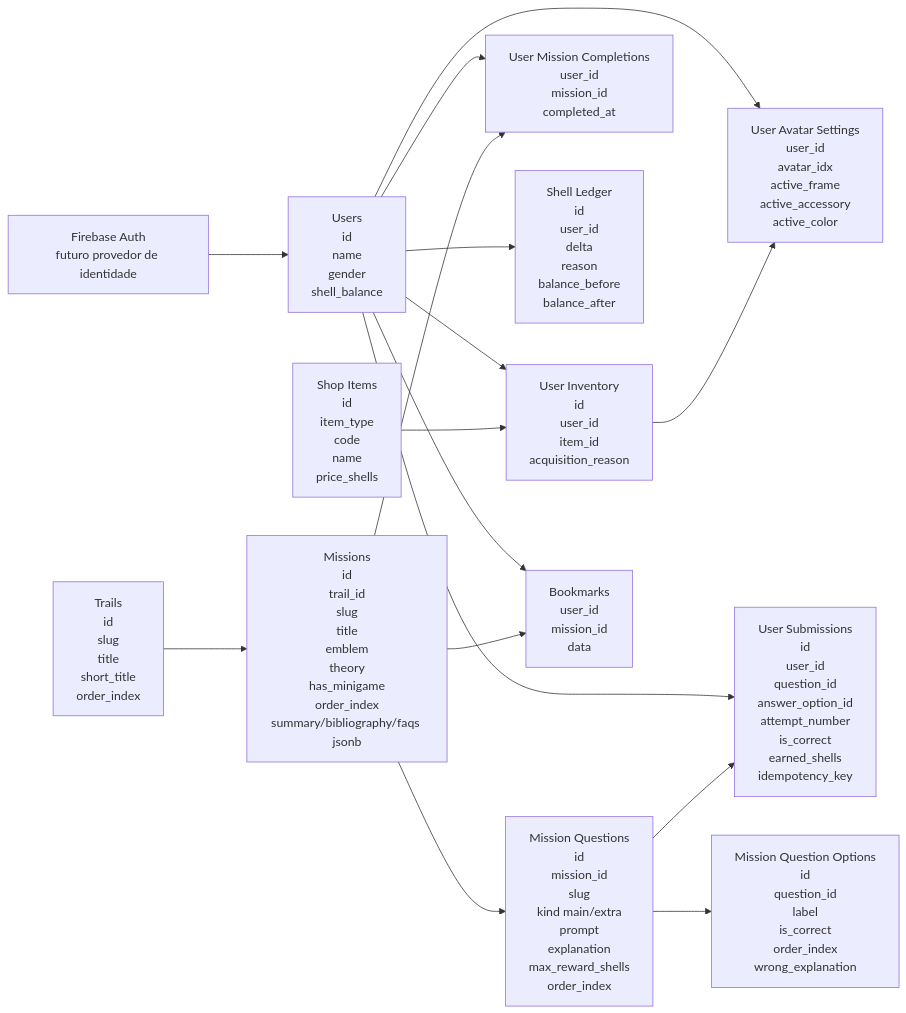
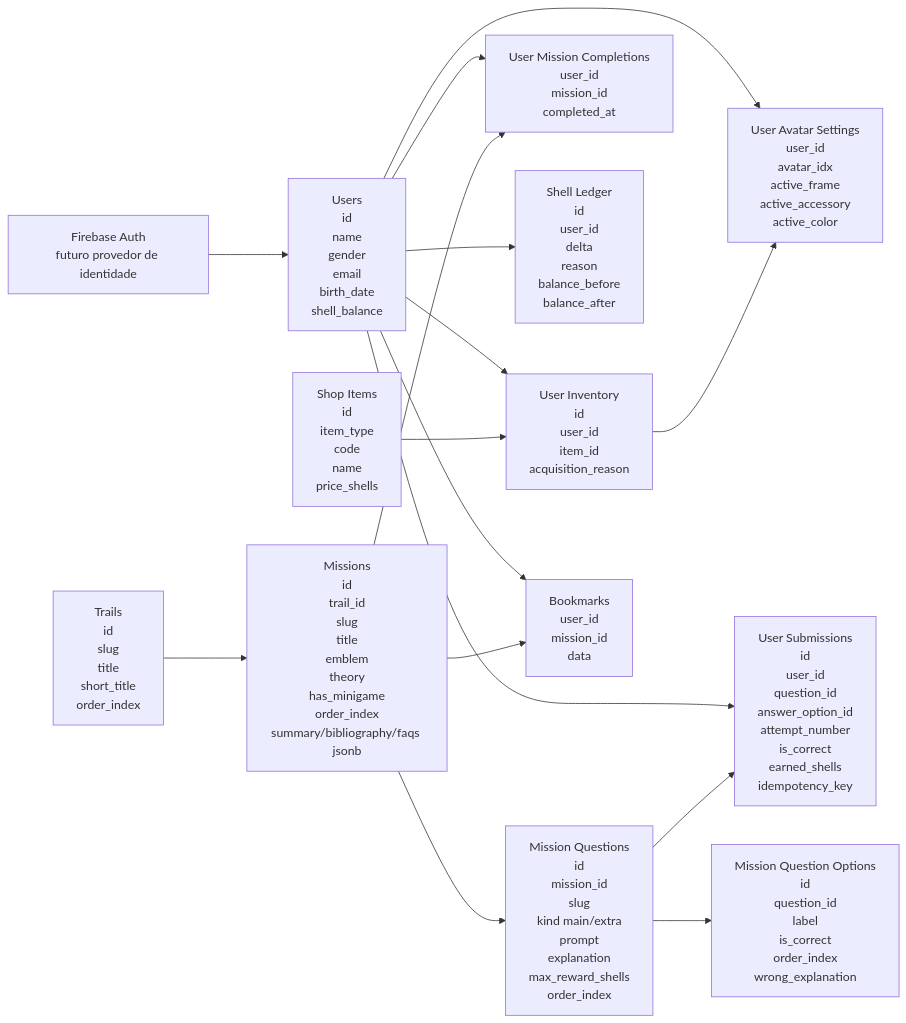
The diagram in README.md (fpcoutinho/tentacle), drawn with Mermaid before and after one commit. The commit also changed other lines of this file and 1 other file, not shown here.

Commit message:
db: add new migration and update db schema on readme

````diff
--- a/README.md
+++ b/README.md
@@ -60,46 +60,46 @@
 ```mermaid
 flowchart LR
 	FA[Firebase Auth<br/>futuro provedor de identidade]
 
-	U[Users<br/>id<br/>name<br/>gender<br/>shell_balance]
+	U[Users<br/>id<br/>name<br/>gender<br/>email<br/>birth_date<br/>shell_balance]
 
 	A[User Avatar Settings<br/>user_id<br/>avatar_idx<br/>active_frame<br/>active_accessory<br/>active_color]
 
 	T[Trails<br/>id<br/>slug<br/>title<br/>short_title<br/>order_index]
 
 	M[Missions<br/>id<br/>trail_id<br/>slug<br/>title<br/>emblem<br/>theory<br/>has_minigame<br/>order_index<br/>summary/bibliography/faqs jsonb]
 
 	Q[Mission Questions<br/>id<br/>mission_id<br/>slug<br/>kind main/extra<br/>prompt<br/>explanation<br/>max_reward_shells<br/>order_index]
 
 	O[Mission Question Options<br/>id<br/>question_id<br/>label<br/>is_correct<br/>order_index<br/>wrong_explanation]
 
 	C[User Mission Completions<br/>user_id<br/>mission_id<br/>completed_at]
 
 	S[User Submissions<br/>id<br/>user_id<br/>question_id<br/>answer_option_id<br/>attempt_number<br/>is_correct<br/>earned_shells<br/>idempotency_key]
 
 	L[Shell Ledger<br/>id<br/>user_id<br/>delta<br/>reason<br/>balance_before<br/>balance_after]
 
 	I[Shop Items<br/>id<br/>item_type<br/>code<br/>name<br/>price_shells]
 
 	UI[User Inventory<br/>id<br/>user_id<br/>item_id<br/>acquisition_reason]
 
 	B[Bookmarks<br/>user_id<br/>mission_id<br/>data]
 
 	FA --> U
 	U --> A
 	U --> C
 	U --> S
 	U --> L
 	U --> UI
 	U --> B
 
 	T --> M
 	M --> Q
 	M --> C
 	Q --> O
 	Q --> S
 	M --> B
 
 	I --> UI
 	UI --> A
 ```
````
